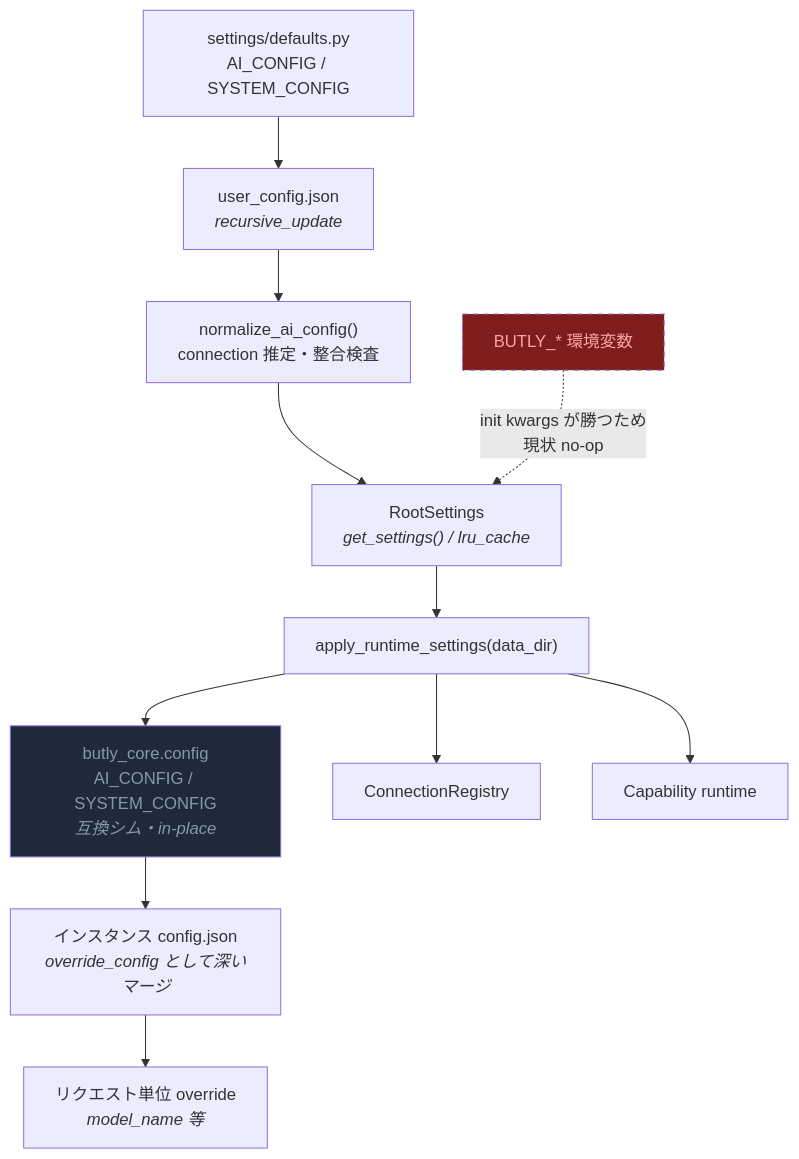
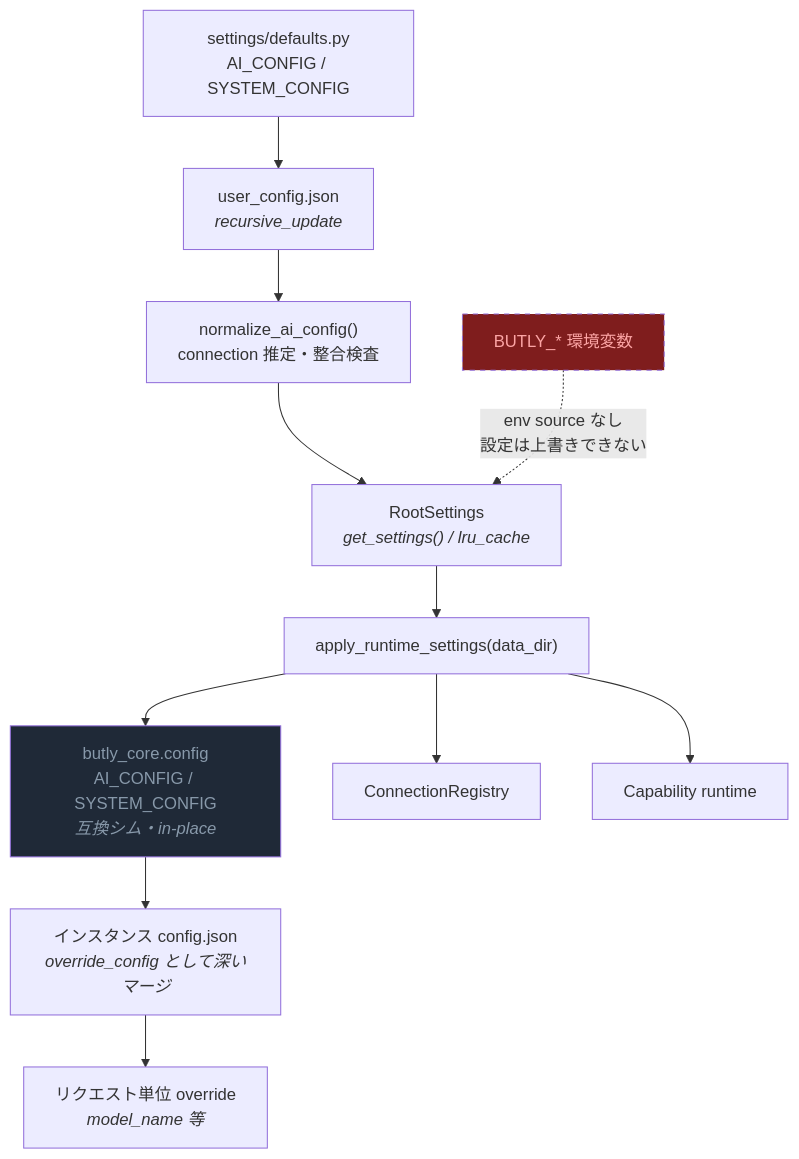
The tenth of 11 diagrams in docs/reference/DIAGRAMS.ja.md (unagisann/Butly), drawn with Mermaid before and after one commit. The commit also changed 13 other files, not shown here.

````diff
--- a/docs/reference/DIAGRAMS.ja.md
+++ b/docs/reference/DIAGRAMS.ja.md
@@ -341,16 +341,16 @@
 ```mermaid
 flowchart TD
     D["settings/defaults.py<br/>AI_CONFIG / SYSTEM_CONFIG"] --> U["user_config.json<br/><i>recursive_update</i>"]
     U --> NORM["normalize_ai_config()<br/>connection 推定・整合検査"]
     NORM --> RS["RootSettings<br/><i>get_settings() / lru_cache</i>"]
     RS --> BOOT["apply_runtime_settings(data_dir)"]
     BOOT --> LEG["butly_core.config<br/>AI_CONFIG / SYSTEM_CONFIG<br/><i>互換シム・in-place</i>"]
     BOOT --> CREG["ConnectionRegistry"]
     BOOT --> CRT["Capability runtime"]
     LEG --> INST["インスタンス config.json<br/><i>override_config として深いマージ</i>"]
     INST --> REQ["リクエスト単位 override<br/><i>model_name 等</i>"]
-    ENV["BUTLY_* 環境変数"] -.->|init kwargs が勝つため<br/>現状 no-op| RS
+    ENV["BUTLY_* 環境変数"] -.->|env source なし<br/>設定は上書きできない| RS
 
     style ENV fill:#7f1d1d,color:#fca5a5,stroke-dasharray: 5 5
     style LEG fill:#1f2937,color:#8899aa
 ```
````
